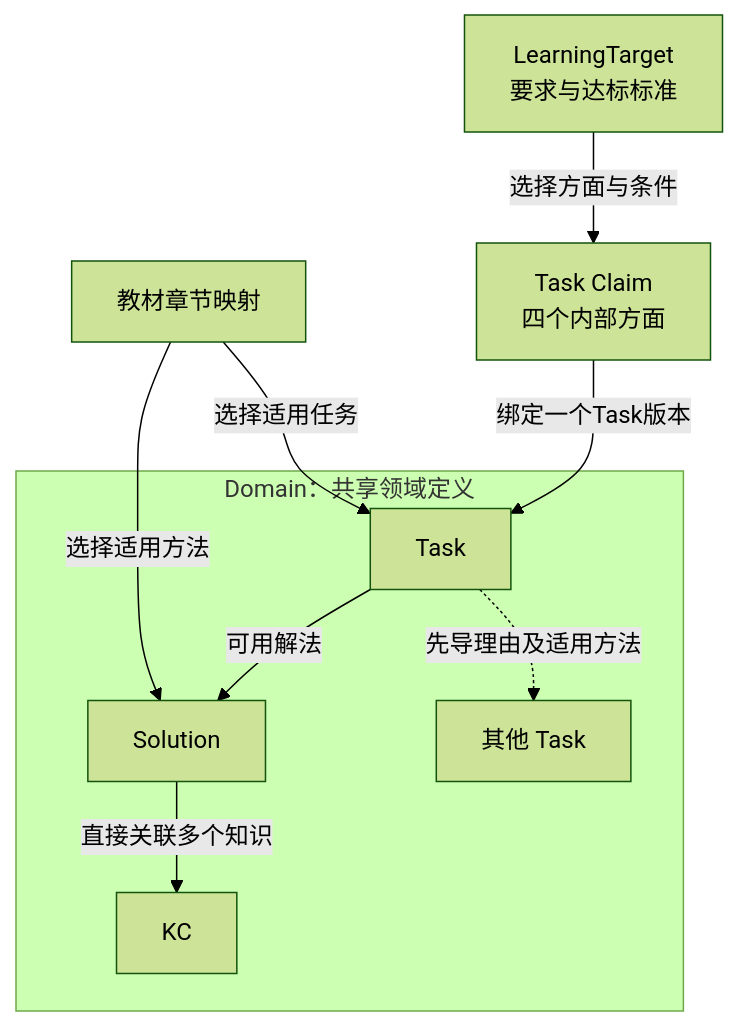
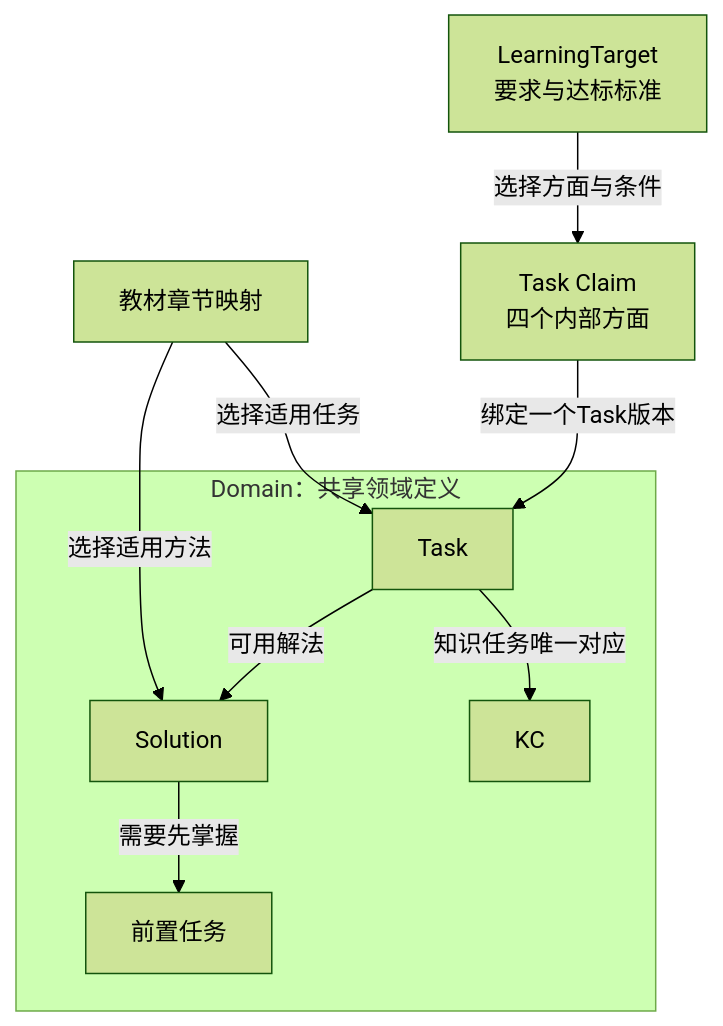
The second of 4 diagrams in doc/mvp/m1/PRD.md (ivgotcrazy/deermind), drawn with Mermaid (forest theme) before and after one commit. The commit also changed other lines of this file and 110 other files, not shown here.

````diff
--- a/doc/mvp/m1/PRD.md
+++ b/doc/mvp/m1/PRD.md
@@ -119,12 +119,12 @@
 ```mermaid
 flowchart TB
     M["教材章节映射"] -->|"选择适用任务"| T["Task"]
     M -->|"选择适用方法"| S["Solution"]
     G["LearningTarget<br/>要求与达标标准"] -->|"选择方面与条件"| CL["Task Claim<br/>四个内部方面"]
     CL -->|"绑定一个Task版本"| T
     subgraph D["Domain：共享领域定义"]
         T -->|"可用解法"| S
-        S -->|"直接关联多个知识"| K["KC"]
-        T -. "先导理由及适用方法" .-> CT["其他 Task"]
+        T -->|"知识任务唯一对应"| K["KC"]
+        S -->|"需要先掌握"| CT["前置任务"]
     end
 ```
````
